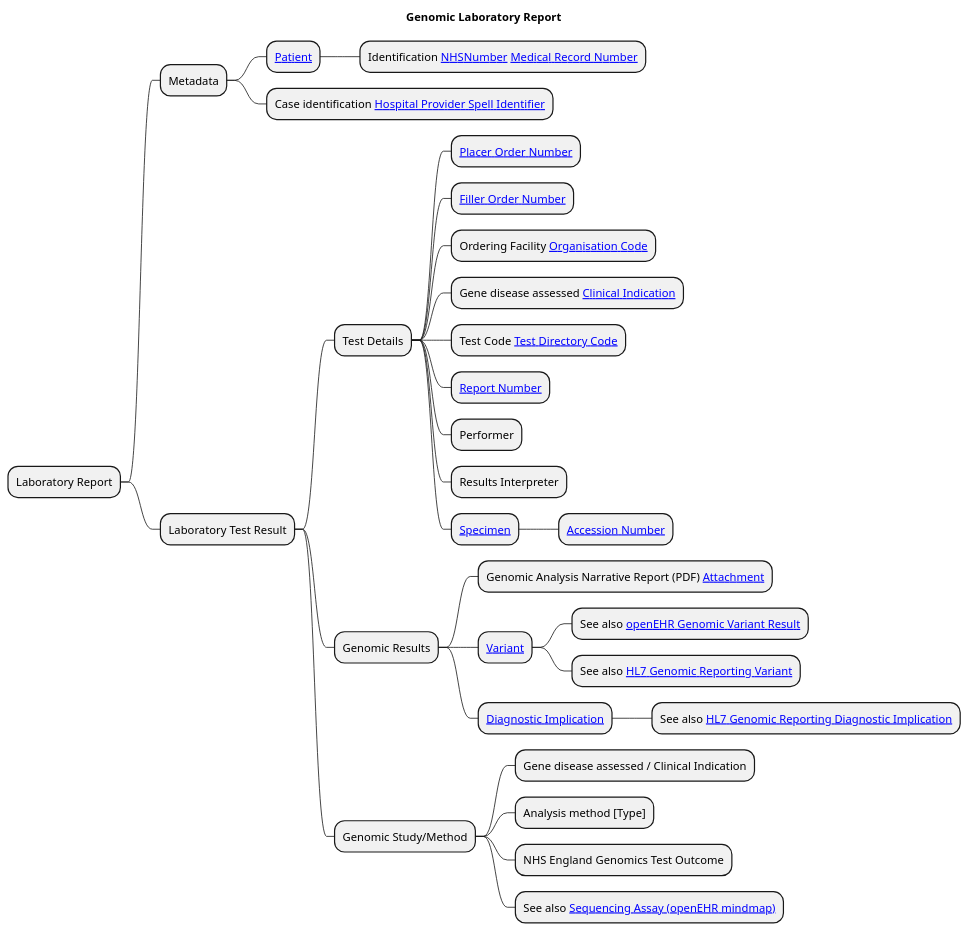
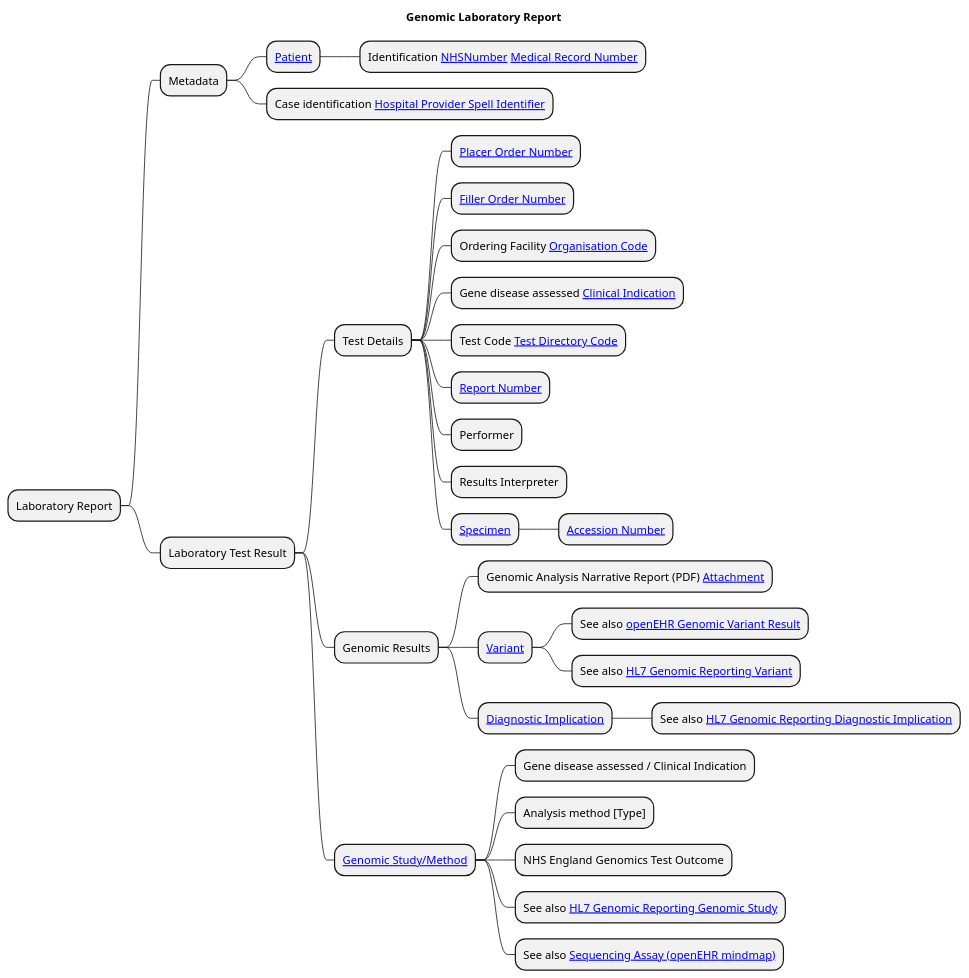
One commit to uk-gov-mirror/nw-gmsa.nw-gmsa.github.com changed the diagram in input/images-source/LaboratoryReport-mindmap.plantuml. Above: the diagram before and after it, drawn with PlantUML.

Commit message:
Genomic Study

```diff
--- a/input/images-source/LaboratoryReport-mindmap.plantuml
+++ b/input/images-source/LaboratoryReport-mindmap.plantuml
@@ -1,35 +1,36 @@
 @startmindmap
 
 title "Genomic Laboratory Report"
 
 * Laboratory Report
 ** Metadata
 *** [[StructureDefinition-Patient.html Patient]]
 **** Identification [[StructureDefinition-NHSNumber.html NHSNumber]] [[StructureDefinition-MedicalRecordNumber.html Medical Record Number]]
 *** Case identification [[StructureDefinition-HospitalProviderSpellIdentifier.html Hospital Provider Spell Identifier]]
 ** Laboratory Test Result
 *** Test Details
 **** [[StructureDefinition-PlacerOrderNumber.html Placer Order Number]]
 **** [[StructureDefinition-FillerOrderNumber.html Filler Order Number]]
 **** Ordering Facility [[StructureDefinition-OrganisationCode.html Organisation Code]]
 **** Gene disease assessed [[CodeSystem-GenomicClinicalIndication.html Clinical Indication]]
 **** Test Code [[CodeSystem-GenomicTestCode.html Test Directory Code]]
 **** [[StructureDefinition-ReportNumber.html Report Number]]
 **** Performer
 **** Results Interpreter
 **** [[StructureDefinition-Specimen.html Specimen]]
 ***** [[StructureDefinition-AccessionNumber.html Accession Number]]
 *** Genomic Results
 **** Genomic Analysis Narrative Report (PDF) [[StructureDefinition-NWAttachment.html Attachment]]
 **** [[StructureDefinition-Observation-Variant.html Variant]]
 ***** See also [[https://ckm.openehr.org/ckm/archetypes/1013.1.3759/mindmap openEHR Genomic Variant Result]]
 ***** See also [[https://build.fhir.org/ig/HL7/genomics-reporting/StructureDefinition-variant.html HL7 Genomic Reporting Variant]]
 **** [[StructureDefinition-Observation-DiagnosticImplication.html Diagnostic Implication]]
 ***** See also [[https://build.fhir.org/ig/HL7/genomics-reporting/StructureDefinition-diagnostic-implication.html HL7 Genomic Reporting Diagnostic Implication]]
-*** Genomic Study/Method
+*** [[StructureDefinition-Procedure-GenomicStudy.html Genomic Study/Method]]
 **** Gene disease assessed / Clinical Indication
 **** Analysis method [Type]
 **** NHS England Genomics Test Outcome
+**** See also [[https://build.fhir.org/ig/HL7/genomics-reporting/StructureDefinition-genomic-study.html HL7 Genomic Reporting Genomic Study]]
 **** See also [[https://ckm.openehr.org/ckm/archetypes/1013.1.4256/mindmap Sequencing Assay (openEHR mindmap)]]
 
 @endmindmap
```
